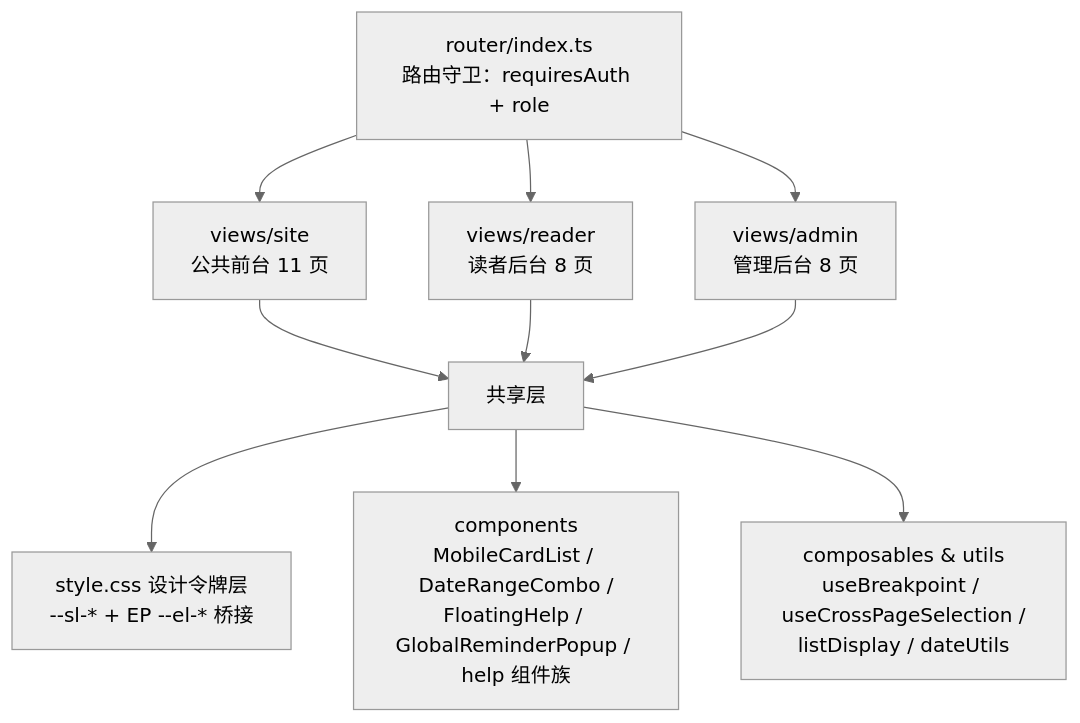
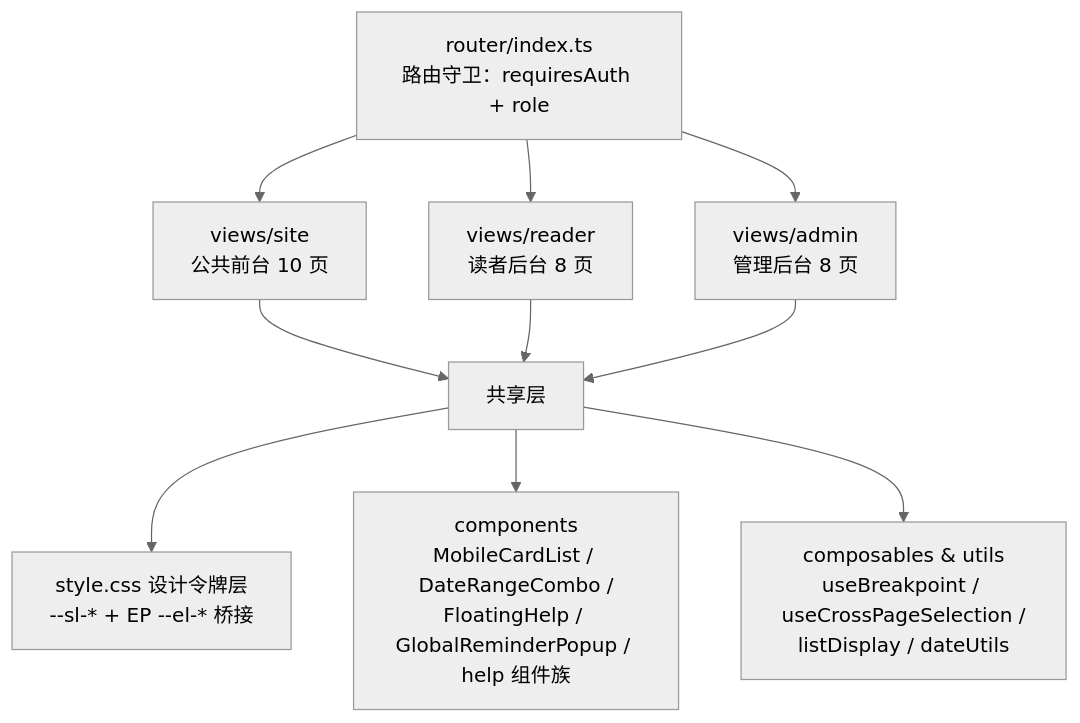
The third of 4 diagrams in docs/architecture.md (WilliamsJustin/library-management-system), drawn with Mermaid (neutral theme) before and after one commit. The commit also changed other lines of this file and 18 other files, not shown here.

````diff
--- a/docs/architecture.md
+++ b/docs/architecture.md
@@ -36,10 +36,10 @@
 ```mermaid
 flowchart TD
-    R[router/index.ts\n路由守卫：requiresAuth + role] --> PUB[views/site\n公共前台 11 页]
+    R[router/index.ts\n路由守卫：requiresAuth + role] --> PUB[views/site\n公共前台 10 页]
     R --> READER[views/reader\n读者后台 8 页]
     R --> ADMIN[views/admin\n管理后台 8 页]
     PUB & READER & ADMIN --> SHARED[共享层]
     SHARED --> TK[style.css 设计令牌层\n--sl-* + EP --el-* 桥接]
     SHARED --> COMP[components\nMobileCardList / DateRangeCombo /\nFloatingHelp / GlobalReminderPopup / help 组件族]
     SHARED --> U[composables & utils\nuseBreakpoint / useCrossPageSelection /\nlistDisplay / dateUtils]
 ```
````
